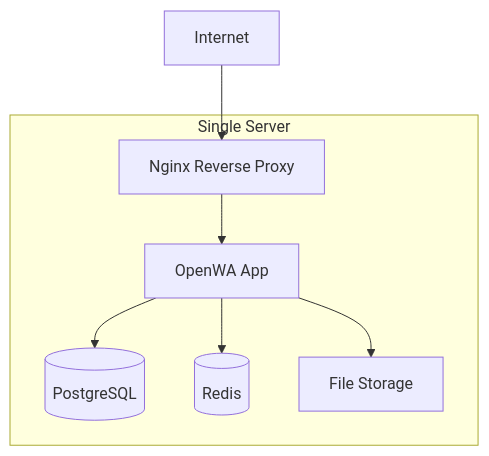
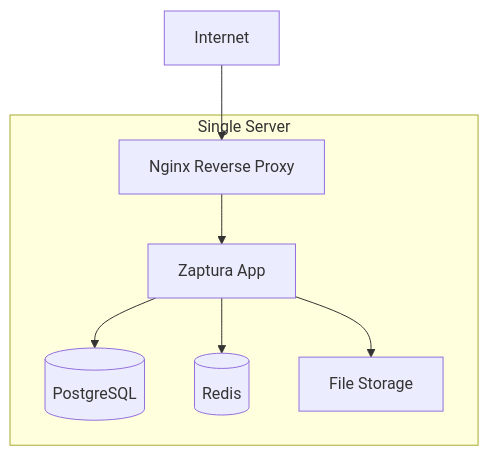
Before and after one commit to AsmSafone/Whatsapp-SaaS: the second of 5 diagrams in docs/10-devops-infrastructure.md, drawn with Mermaid. The commit also changed other lines of this file and 940 other files, not shown here.

````diff
--- a/docs/10-devops-infrastructure.md
+++ b/docs/10-devops-infrastructure.md
@@ -335,12 +335,12 @@
 ```mermaid
 flowchart TB
     subgraph Server["Single Server"]
         NGINX[Nginx Reverse Proxy]
-        NGINX --> APP[OpenWA App]
+        NGINX --> APP[Zaptura App]
         APP --> PG[(PostgreSQL)]
         APP --> RD[(Redis)]
         APP --> FS[File Storage]
     end
 
     Internet --> NGINX
 ```
````
